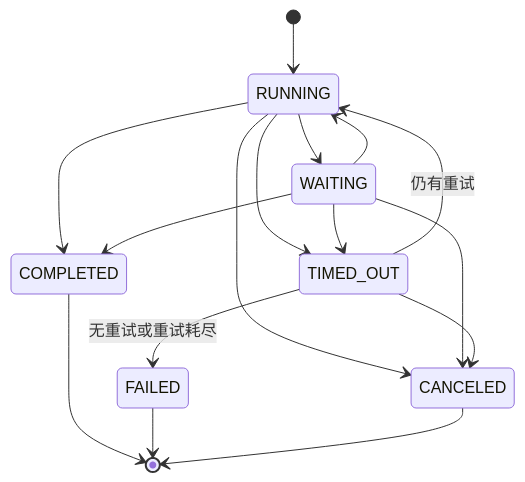
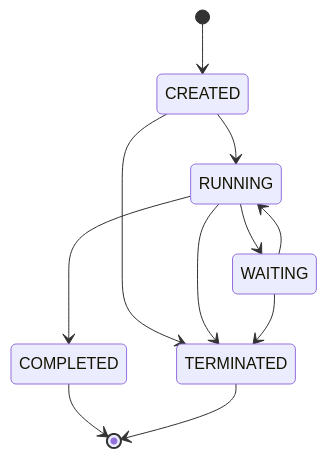
One commit to Eiddy5/flow changed the seventh of 7 diagrams in docs/decisions/Flow 核心设计.md. Above: the diagram before and after it, drawn with Mermaid. The commit also changed other lines of this file and 268 other files, not shown here.

````diff
--- a/docs/decisions/Flow 核心设计.md
+++ b/docs/decisions/Flow 核心设计.md
@@ -580,18 +601,13 @@
 ```mermaid
 stateDiagram-v2
-    [*] --> RUNNING
+    [*] --> CREATED
+    CREATED --> RUNNING
+    CREATED --> TERMINATED
     RUNNING --> WAITING
+    WAITING --> RUNNING
     RUNNING --> COMPLETED
-    RUNNING --> TIMED_OUT
-    RUNNING --> CANCELED
-    WAITING --> RUNNING
-    WAITING --> COMPLETED
-    WAITING --> TIMED_OUT
-    WAITING --> CANCELED
-    TIMED_OUT --> RUNNING: 仍有重试
-    TIMED_OUT --> FAILED: 无重试或重试耗尽
-    TIMED_OUT --> CANCELED
+    RUNNING --> TERMINATED
+    WAITING --> TERMINATED
     COMPLETED --> [*]
-    FAILED --> [*]
-    CANCELED --> [*]
+    TERMINATED --> [*]
 ```
````
